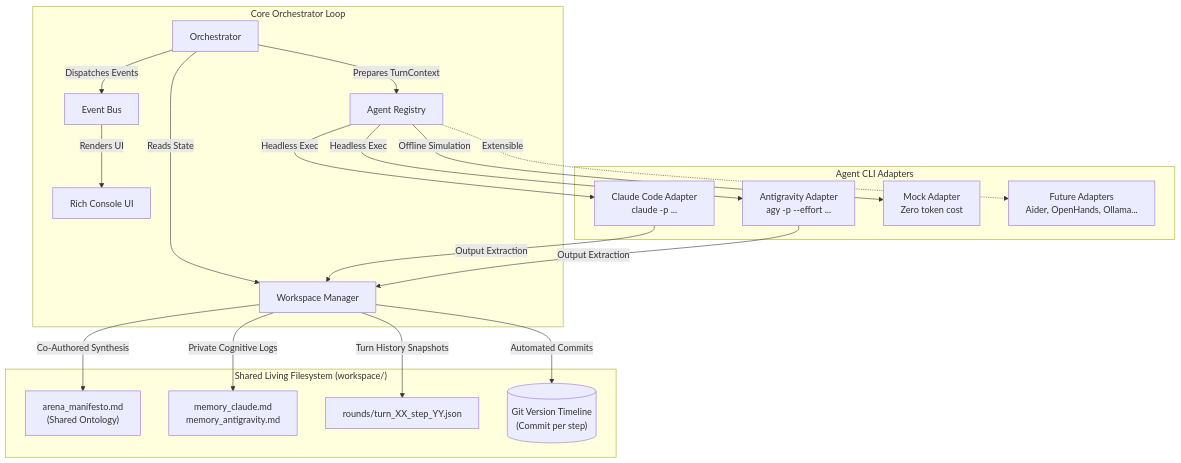
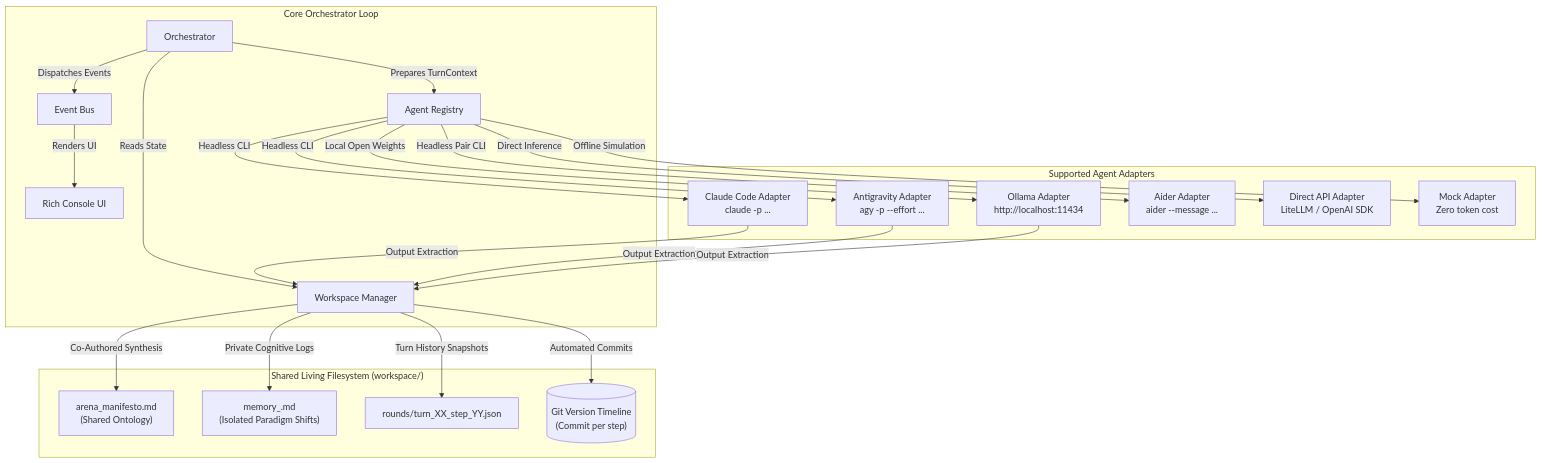
One commit to rikbon/DialecticArena changed the diagram in README.md. Above: the diagram before and after it, drawn with Mermaid. The commit also changed other lines of this file and 5 other files, not shown here.

````diff
--- a/README.md
+++ b/README.md
@@ -29,25 +31,28 @@
 ```mermaid
 flowchart TD
     subgraph OrchestratorEngine ["Core Orchestrator Loop"]
         O[Orchestrator] -->|Reads State| WM[Workspace Manager]
         O -->|Dispatches Events| EB[Event Bus]
         EB -->|Renders UI| RC[Rich Console UI]
         O -->|Prepares TurnContext| AR[Agent Registry]
     end
 
-    subgraph AgentAdapters ["Agent CLI Adapters"]
-        AR -->|Headless Exec| CLA[Claude Code Adapter\nclaude -p ...]
-        AR -->|Headless Exec| AGY[Antigravity Adapter\nagy -p --effort ...]
+    subgraph AgentAdapters ["Supported Agent Adapters"]
+        AR -->|Headless CLI| CLA[Claude Code Adapter\nclaude -p ...]
+        AR -->|Headless CLI| AGY[Antigravity Adapter\nagy -p --effort ...]
+        AR -->|Local Open Weights| OLL[Ollama Adapter\nhttp://localhost:11434]
+        AR -->|Headless Pair CLI| AID[Aider Adapter\naider --message ...]
+        AR -->|Direct Inference| API[Direct API Adapter\nLiteLLM / OpenAI SDK]
         AR -->|Offline Simulation| MCK[Mock Adapter\nZero token cost]
-        AR -.->|Extensible| NEW[Future Adapters\nAider, OpenHands, Ollama...]
     end
 
     subgraph SharedWorkspace ["Shared Living Filesystem (workspace/)"]
         CLA -->|Output Extraction| WM
         AGY -->|Output Extraction| WM
+        OLL -->|Output Extraction| WM
         WM -->|Co-Authored Synthesis| MAN["arena_manifesto.md\n(Shared Ontology)"]
-        WM -->|Private Cognitive Logs| MEM["memory_claude.md\nmemory_antigravity.md"]
+        WM -->|Private Cognitive Logs| MEM["memory_<agent>.md\n(Isolated Paradigm Shifts)"]
         WM -->|Turn History Snapshots| RND["rounds/turn_XX_step_YY.json"]
         WM -->|Automated Commits| GIT[("Git Version Timeline\n(Commit per step)")]
     end
 ```
````
